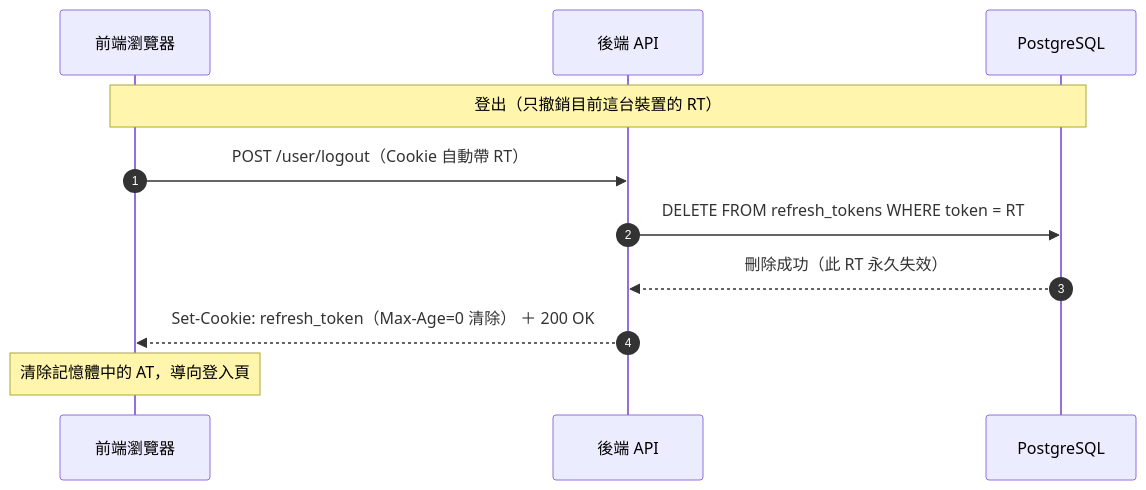
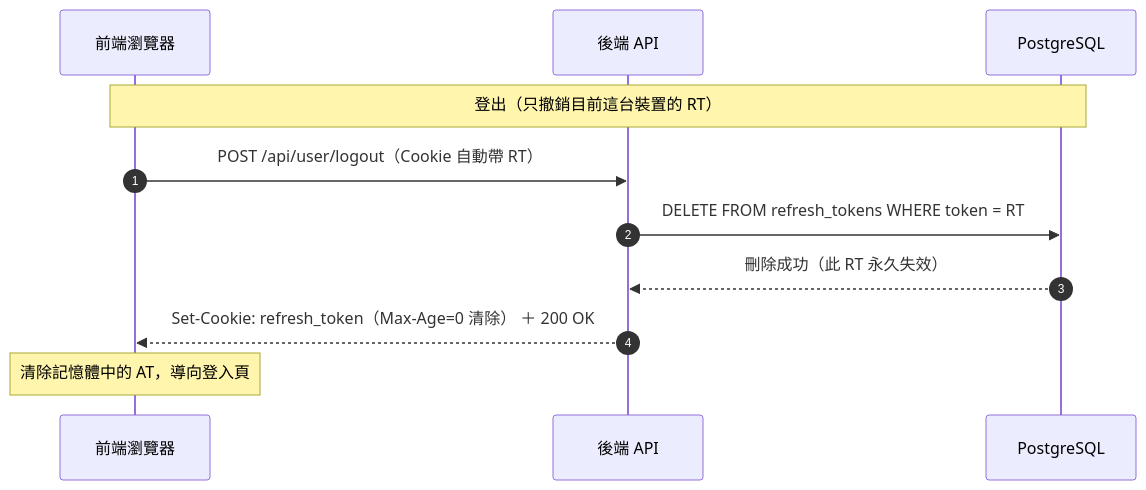
The seventh of 7 diagrams in README.md (WilliamTsai1227/Stock-Insight-Chat), drawn with Mermaid before and after one commit. The commit also changed other lines of this file, not shown here.

Commit message:
更新 README 以對齊現行架構與 API 文件

````diff
--- a/README.md
+++ b/README.md
@@ -812,14 +842,14 @@
 ```mermaid
 sequenceDiagram
     autonumber
     participant User as 前端瀏覽器
     participant API as 後端 API
     participant DB as PostgreSQL
 
     Note over User, DB: 登出（只撤銷目前這台裝置的 RT）
-    User->>API: POST /user/logout（Cookie 自動帶 RT）
+    User->>API: POST /api/user/logout（Cookie 自動帶 RT）
     API->>DB: DELETE FROM refresh_tokens WHERE token = RT
     DB-->>API: 刪除成功（此 RT 永久失效）
     API-->>User: Set-Cookie: refresh_token（Max-Age=0 清除） ＋ 200 OK
     Note over User: 清除記憶體中的 AT，導向登入頁
 ```
````
